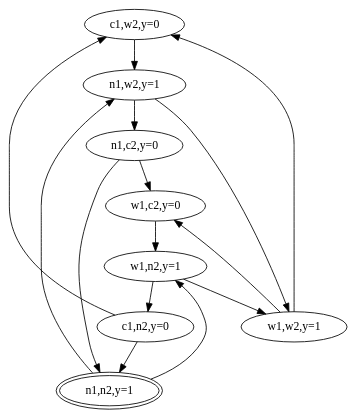
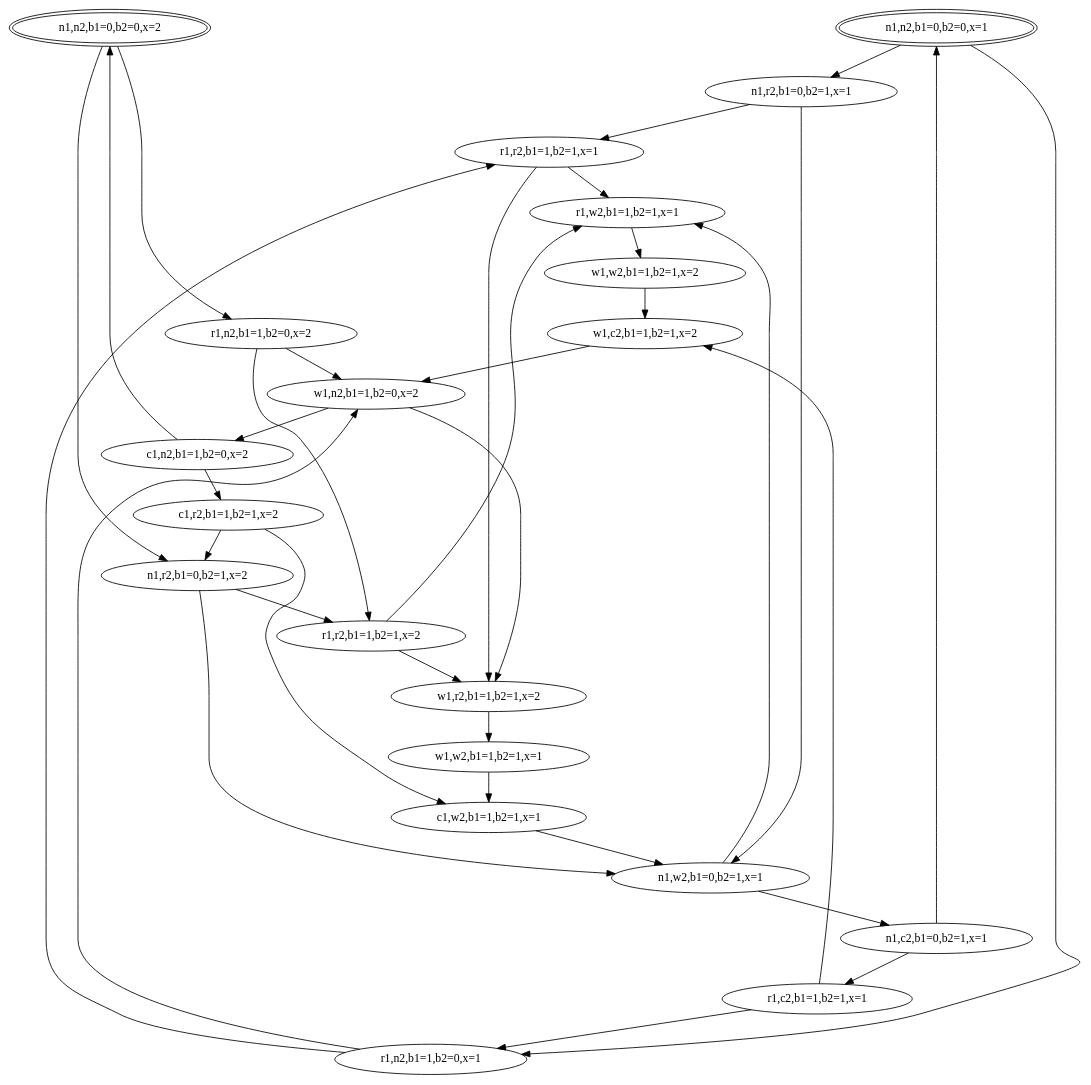
The diagram in test.dot (KiroScarlet/ModelChecking), drawn with Graphviz before and after one commit. The commit also changed 14 other files, not shown here.

```diff
--- a/test.dot
+++ b/test.dot
@@ -1,24 +1,57 @@
 digraph G { 
-0[label = "c1,w2,y=0"]
-1[label = "n1,c2,y=0"]
-2[label = "w1,n2,y=1"]
-3[label = "c1,n2,y=0"]
-4[label = "w1,c2,y=0"]
-5[label = "n1,n2,y=1",peripheries=2]
-6[label = "n1,w2,y=1"]
-7[label = "w1,w2,y=1"]
+0[label = "n1,r2,b1=0,b2=1,x=1"]
+1[label = "r1,c2,b1=1,b2=1,x=1"]
+2[label = "r1,w2,b1=1,b2=1,x=1"]
+3[label = "r1,n2,b1=1,b2=0,x=2"]
+4[label = "r1,r2,b1=1,b2=1,x=2"]
+5[label = "w1,n2,b1=1,b2=0,x=2"]
+6[label = "w1,r2,b1=1,b2=1,x=2"]
+7[label = "w1,w2,b1=1,b2=1,x=2"]
+8[label = "c1,n2,b1=1,b2=0,x=2"]
+9[label = "w1,w2,b1=1,b2=1,x=1"]
+10[label = "n1,c2,b1=0,b2=1,x=1"]
+11[label = "r1,r2,b1=1,b2=1,x=1"]
+12[label = "n1,n2,b1=0,b2=0,x=1",peripheries=2]
+13[label = "w1,c2,b1=1,b2=1,x=2"]
+14[label = "c1,w2,b1=1,b2=1,x=1"]
+15[label = "n1,n2,b1=0,b2=0,x=2",peripheries=2]
+16[label = "n1,r2,b1=0,b2=1,x=2"]
+17[label = "c1,r2,b1=1,b2=1,x=2"]
+18[label = "n1,w2,b1=0,b2=1,x=1"]
+19[label = "r1,n2,b1=1,b2=0,x=1"]
+{rank=min;12;15;}
+12->0
+12->19
+15->16
+15->3
+0->18
+0->11
+16->18
+16->4
+18->10
+18->2
+10->12
+10->1
+19->11
+19->5
+3->4
+3->5
+11->2
+11->6
+4->2
+4->6
+2->7
+1->19
+1->13
 5->6
-5->2
-6->1
-6->7
-1->5
-1->4
-2->7
-2->3
-7->4
-7->0
-4->2
-3->5
-3->0
-0->6
+5->8
+6->9
+9->14
+7->13
+13->5
+8->15
+8->17
+17->16
+17->14
+14->18
 }
```
